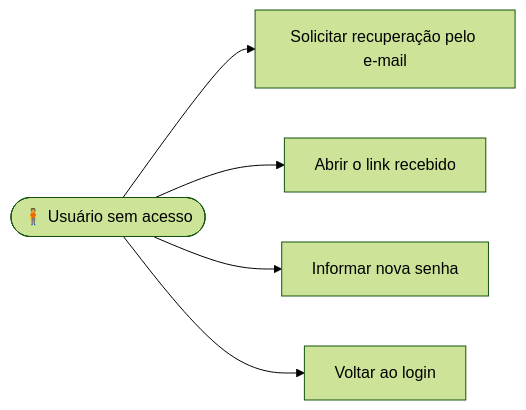
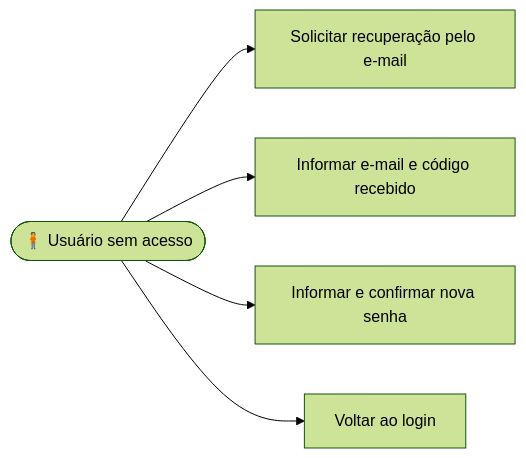
One commit to JoaoLRS/IVIS changed the diagram in etc/cdu/CDU-04-recuperar-acesso.md. Above: the diagram before and after it, drawn with Mermaid (forest theme). The commit also changed other lines of this file and 23 other files, not shown here.

````diff
--- a/etc/cdu/CDU-04-recuperar-acesso.md
+++ b/etc/cdu/CDU-04-recuperar-acesso.md
@@ -42,8 +43,8 @@
 ```mermaid
 flowchart LR
     ator(["🧍 Usuário sem acesso"])
     ator --> a1["Solicitar recuperação pelo e-mail"]
-    ator --> a2["Abrir o link recebido"]
-    ator --> a3["Informar nova senha"]
+    ator --> a2["Informar e-mail e código recebido"]
+    ator --> a3["Informar e confirmar nova senha"]
     ator --> a4["Voltar ao login"]
 ```
````
